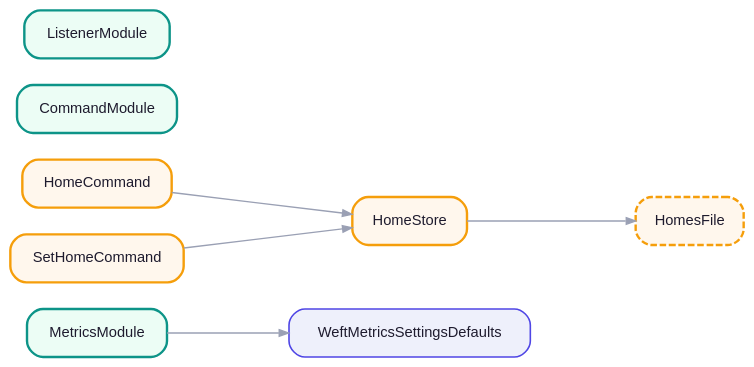
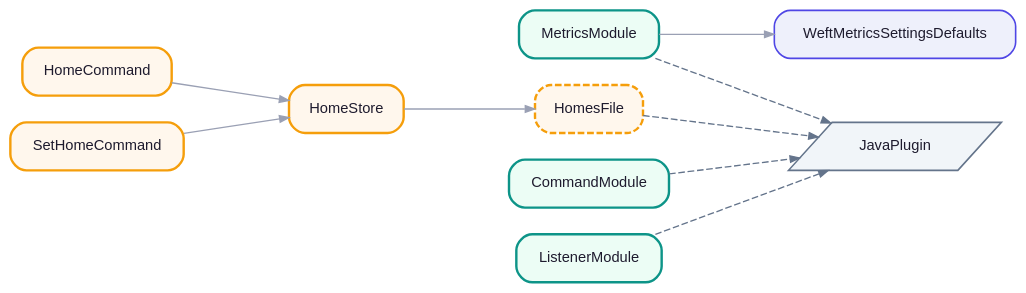
Before and after one commit to weftkit/weftkit: the diagram in docs/docs/assets/diagrams/weftkit-graph.dot, drawn with Graphviz. The commit also changed 33 other files, not shown here.

```diff
--- a/docs/docs/assets/diagrams/weftkit-graph.dot
+++ b/docs/docs/assets/diagrams/weftkit-graph.dot
@@ -1,18 +1,23 @@
 digraph weftkit {
     rankdir=LR;
     graph [ranksep=1.1, nodesep=0.28, splines=spline, concentrate=true, bgcolor=transparent];
     node [shape=box, style="rounded,filled", fontname="Helvetica", fontsize=11, margin="0.16,0.08", color="#4F46E5", fillcolor="#EEF0FB", fontcolor="#1E1B2E", penwidth=1.2];
     edge [color="#9AA0B4", arrowsize=0.7, penwidth=1.0];
     "org.weftkit.examples.homes.WeftMetricsSettingsDefaults" [label="WeftMetricsSettingsDefaults", tooltip="org.weftkit.examples.homes.WeftMetricsSettingsDefaults"];
     "org.weftkit.examples.homes.commands.HomeCommand" [label="HomeCommand", tooltip="org.weftkit.examples.homes.commands.HomeCommand", fillcolor="#FFF7ED", color="#F59E0B", penwidth=1.8];
     "org.weftkit.examples.homes.commands.SetHomeCommand" [label="SetHomeCommand", tooltip="org.weftkit.examples.homes.commands.SetHomeCommand", fillcolor="#FFF7ED", color="#F59E0B", penwidth=1.8];
     "org.weftkit.examples.homes.storage.HomeStore" [label="HomeStore", tooltip="org.weftkit.examples.homes.storage.HomeStore", fillcolor="#FFF7ED", color="#F59E0B", penwidth=1.8];
     "org.weftkit.examples.homes.storage.HomesFile" [label="HomesFile", tooltip="org.weftkit.examples.homes.storage.HomesFile", fillcolor="#FFF7ED", color="#F59E0B", penwidth=1.8, style="rounded,filled,dashed"];
     "org.weftkit.wiring.bukkit.commands.CommandModule" [label="CommandModule", tooltip="org.weftkit.wiring.bukkit.commands.CommandModule (module)", fillcolor="#ECFDF5", color="#0D9488", penwidth=1.8];
     "org.weftkit.wiring.bukkit.listeners.ListenerModule" [label="ListenerModule", tooltip="org.weftkit.wiring.bukkit.listeners.ListenerModule (module)", fillcolor="#ECFDF5", color="#0D9488", penwidth=1.8];
     "org.weftkit.wiring.bukkit.metrics.MetricsModule" [label="MetricsModule", tooltip="org.weftkit.wiring.bukkit.metrics.MetricsModule (module)", fillcolor="#ECFDF5", color="#0D9488", penwidth=1.8];
+    "org.bukkit.plugin.java.JavaPlugin" [label="JavaPlugin", tooltip="org.bukkit.plugin.java.JavaPlugin (ambient)", shape=parallelogram, style=filled, fillcolor="#F1F5F9", color="#64748B", fontcolor="#1E1B2E"];
     "org.weftkit.examples.homes.commands.HomeCommand" -> "org.weftkit.examples.homes.storage.HomeStore";
     "org.weftkit.examples.homes.commands.SetHomeCommand" -> "org.weftkit.examples.homes.storage.HomeStore";
     "org.weftkit.examples.homes.storage.HomeStore" -> "org.weftkit.examples.homes.storage.HomesFile";
     "org.weftkit.wiring.bukkit.metrics.MetricsModule" -> "org.weftkit.examples.homes.WeftMetricsSettingsDefaults";
+    "org.weftkit.examples.homes.storage.HomesFile" -> "org.bukkit.plugin.java.JavaPlugin" [style=dashed, color="#64748B"];
+    "org.weftkit.wiring.bukkit.commands.CommandModule" -> "org.bukkit.plugin.java.JavaPlugin" [style=dashed, color="#64748B"];
+    "org.weftkit.wiring.bukkit.listeners.ListenerModule" -> "org.bukkit.plugin.java.JavaPlugin" [style=dashed, color="#64748B"];
+    "org.weftkit.wiring.bukkit.metrics.MetricsModule" -> "org.bukkit.plugin.java.JavaPlugin" [style=dashed, color="#64748B"];
 }
```
